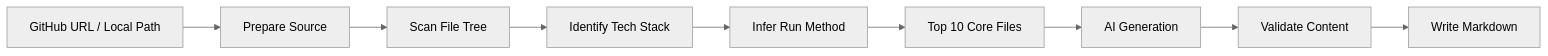
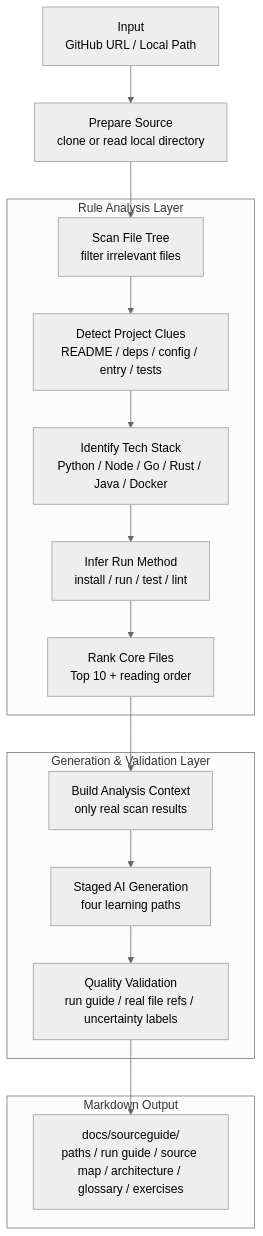
The first of 2 diagrams in README_EN.md (liduanchen/SourceGuide), drawn with Mermaid (neutral theme) before and after one commit. The commit also changed other lines of this file and 1 other file, not shown here.

Commit message:
Update README: improve architecture diagram and roadmap with Mermaid timeline

````diff
--- a/README_EN.md
+++ b/README_EN.md
@@ -202,11 +204,24 @@
 ```mermaid
-flowchart LR
-    A[GitHub URL / Local Path] --> B[Prepare Source]
-    B --> C[Scan File Tree]
-    C --> D[Identify Tech Stack]
-    D --> E[Infer Run Method]
-    E --> F[Top 10 Core Files]
-    F --> G[AI Generation]
-    G --> H[Validate Content]
-    H --> I[Write Markdown]
+flowchart TD
+    A["Input<br/>GitHub URL / Local Path"] --> B["Prepare Source<br/>clone or read local directory"]
+
+    subgraph S1["Rule Analysis Layer"]
+        C["Scan File Tree<br/>filter irrelevant files"]
+        D["Detect Project Clues<br/>README / deps / config / entry / tests"]
+        E["Identify Tech Stack<br/>Python / Node / Go / Rust / Java / Docker"]
+        F["Infer Run Method<br/>install / run / test / lint"]
+        G["Rank Core Files<br/>Top 10 + reading order"]
+    end
+
+    subgraph S2["Generation & Validation Layer"]
+        H["Build Analysis Context<br/>only real scan results"]
+        I["Staged AI Generation<br/>four learning paths"]
+        J["Quality Validation<br/>run guide / real file refs / uncertainty labels"]
+    end
+
+    subgraph S3["Markdown Output"]
+        K["docs/sourceguide/<br/>paths / run guide / source map / architecture / glossary / exercises"]
+    end
+
+    B --> C --> D --> E --> F --> G --> H --> I --> J --> K
 ```
````
